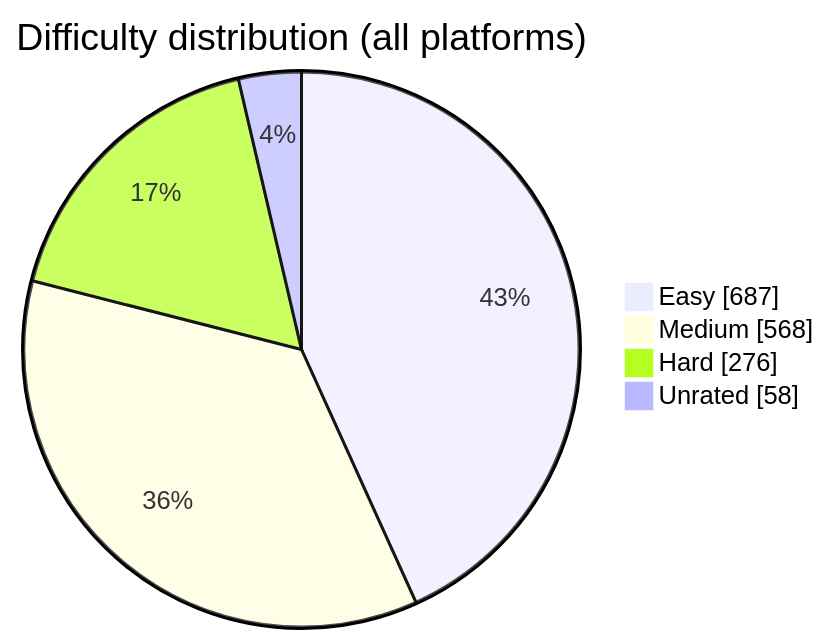
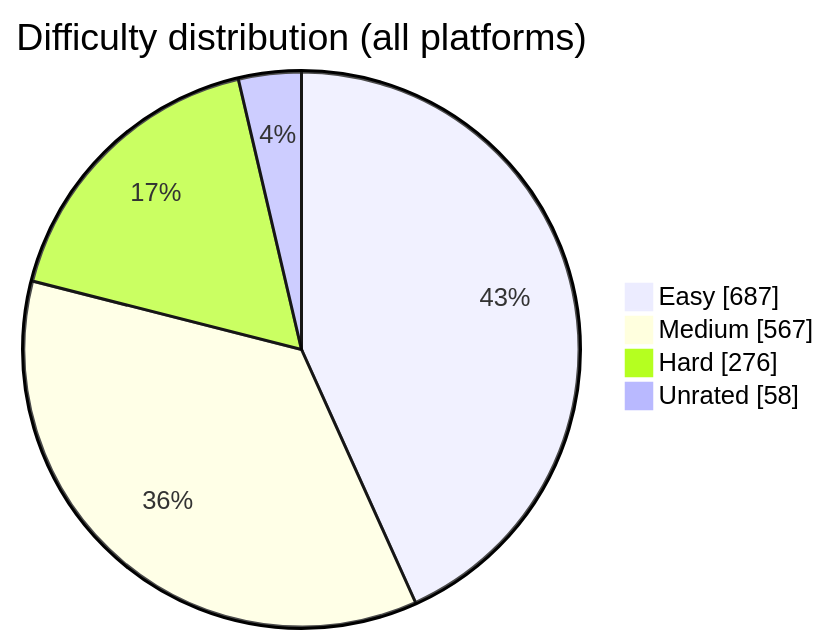
Before and after one commit to BuildbyArindam/Daily-Coding-Log: the diagram in README.md, drawn with Mermaid. The commit also changed other lines of this file, not shown here.

````diff
--- a/README.md
+++ b/README.md
@@ -93,7 +93,7 @@
 ```mermaid
 pie showData title Difficulty distribution (all platforms)
     "Easy" : 687
-    "Medium" : 568
+    "Medium" : 567
     "Hard" : 276
     "Unrated" : 58
 ```
````
